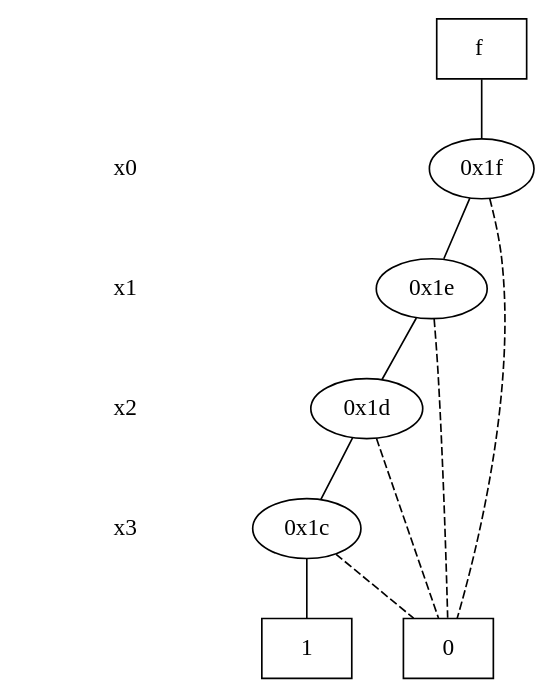
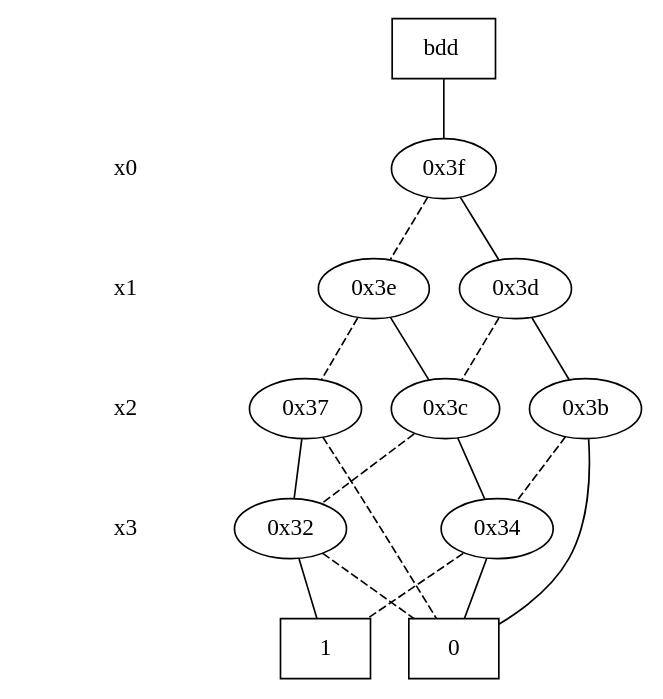
Before and after one commit to bohanw/Projects: the diagram in cudd-3.0.0/hw1/dot/bdd3.dot, drawn with Graphviz. The commit also changed 6 other files, not shown here.

```diff
--- a/cudd-3.0.0/hw1/dot/bdd3.dot
+++ b/cudd-3.0.0/hw1/dot/bdd3.dot
@@ -1,40 +1,52 @@
 digraph "DD" {
 size = "7.5,10"
 center = true;
 edge [dir = none];
 { node [shape = plaintext];
   edge [style = invis];
   "CONST NODES" [style = invis];
 " x0 " -> " x1 " -> " x2 " -> " x3 " -> "CONST NODES"; 
 }
 { rank = same; node [shape = box]; edge [style = invis];
-"  f  "; }
+"  bdd  "; }
 { rank = same; " x0 ";
-"0x1f";
+"0x3f";
 }
 { rank = same; " x1 ";
-"0x1e";
+"0x3e";
+"0x3d";
 }
 { rank = same; " x2 ";
-"0x1d";
+"0x3b";
+"0x37";
+"0x3c";
 }
 { rank = same; " x3 ";
-"0x1c";
+"0x34";
+"0x32";
 }
 { rank = same; "CONST NODES";
 { node [shape = box]; "0x11";
 "0x10";
 }
 }
-"  f  " -> "0x1f" [style = solid];
-"0x1f" -> "0x1e";
-"0x1f" -> "0x11" [style = dashed];
-"0x1e" -> "0x1d";
-"0x1e" -> "0x11" [style = dashed];
-"0x1d" -> "0x1c";
-"0x1d" -> "0x11" [style = dashed];
-"0x1c" -> "0x10";
-"0x1c" -> "0x11" [style = dashed];
+"  bdd  " -> "0x3f" [style = solid];
+"0x3f" -> "0x3d";
+"0x3f" -> "0x3e" [style = dashed];
+"0x3e" -> "0x3c";
+"0x3e" -> "0x37" [style = dashed];
+"0x3d" -> "0x3b";
+"0x3d" -> "0x3c" [style = dashed];
+"0x3b" -> "0x11";
+"0x3b" -> "0x34" [style = dashed];
+"0x37" -> "0x32";
+"0x37" -> "0x11" [style = dashed];
+"0x3c" -> "0x34";
+"0x3c" -> "0x32" [style = dashed];
+"0x34" -> "0x11";
+"0x34" -> "0x10" [style = dashed];
+"0x32" -> "0x10";
+"0x32" -> "0x11" [style = dashed];
 "0x11" [label = "0"];
 "0x10" [label = "1"];
 }
```
